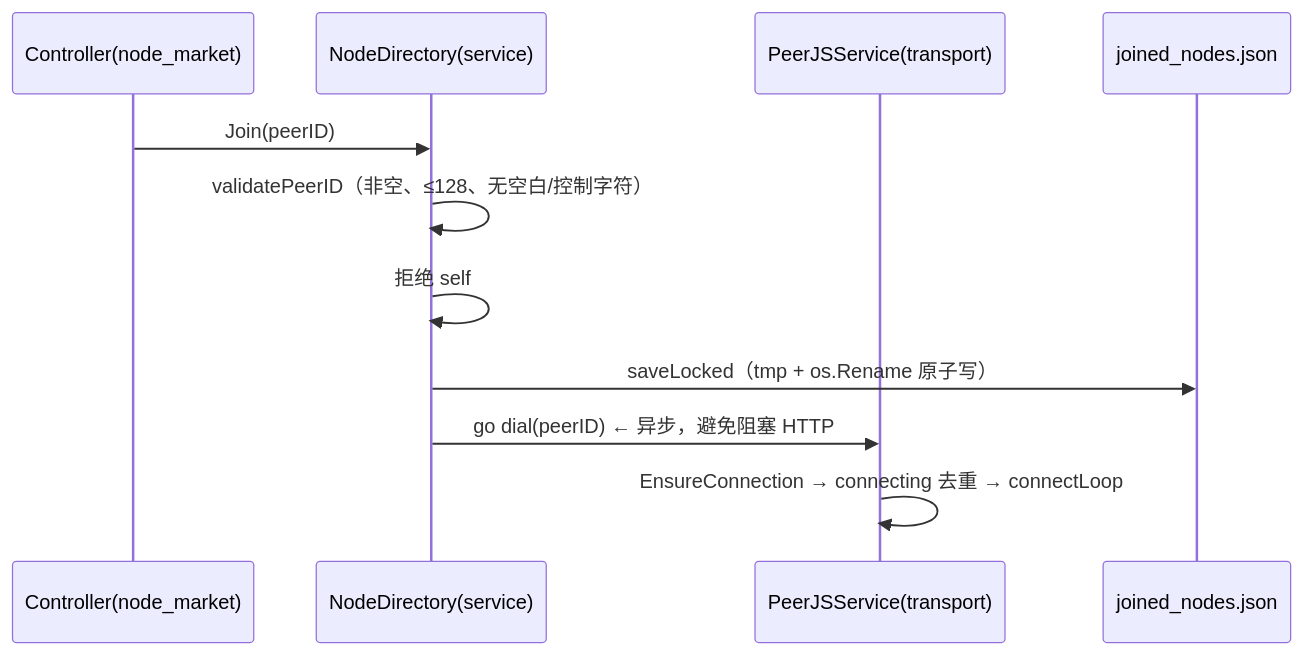
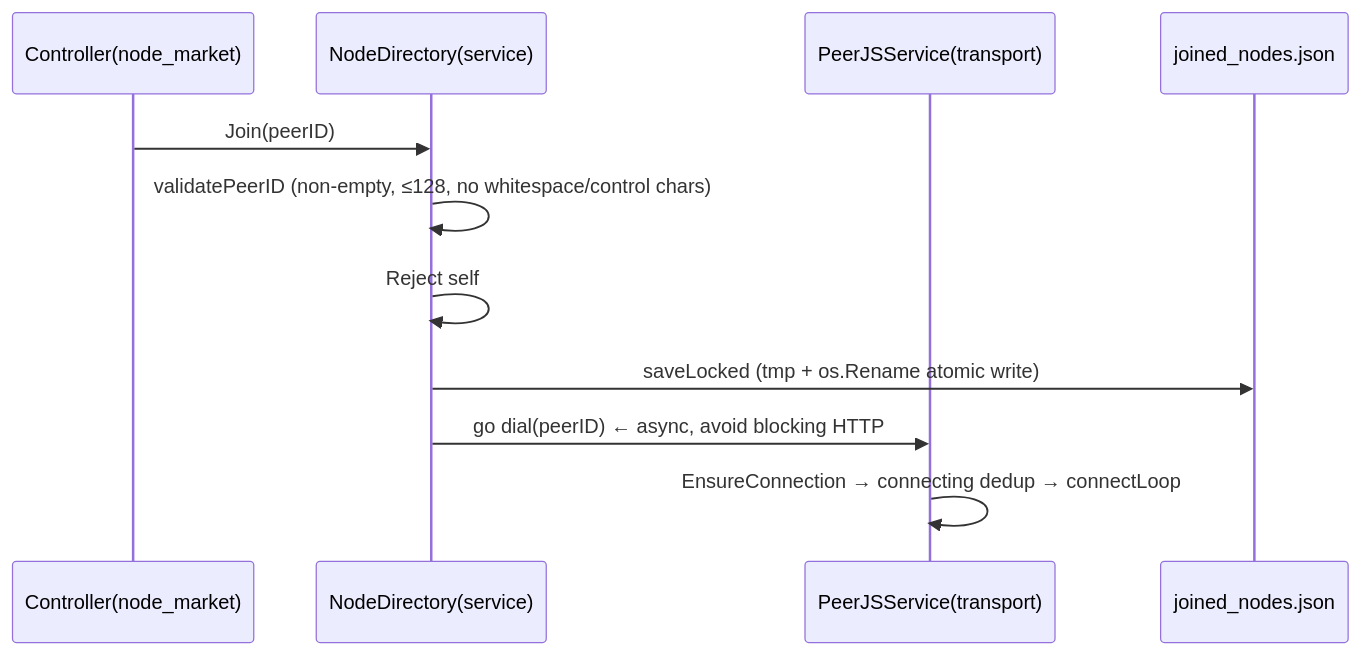
The fourth of 6 diagrams in doc/design/connections/06-service-transport.md (Hana-ame/peerdrive), drawn with Mermaid before and after one commit. The commit also changed other lines of this file and 357 other files, not shown here.

````diff
--- a/doc/design/connections/06-service-transport.md
+++ b/doc/design/connections/06-service-transport.md
@@ -153,14 +153,14 @@
 ```mermaid
 sequenceDiagram
     participant C as Controller(node_market)
     participant ND as NodeDirectory(service)
     participant T as PeerJSService(transport)
     participant Disk as joined_nodes.json
 
     C->>ND: Join(peerID)
-    ND->>ND: validatePeerID（非空、≤128、无空白/控制字符）
-    ND->>ND: 拒绝 self
-    ND->>Disk: saveLocked（tmp + os.Rename 原子写）
-    ND->>T: go dial(peerID)   ← 异步，避免阻塞 HTTP
-    T->>T: EnsureConnection → connecting 去重 → connectLoop
+    ND->>ND: validatePeerID (non-empty, ≤128, no whitespace/control chars)
+    ND->>ND: Reject self
+    ND->>Disk: saveLocked (tmp + os.Rename atomic write)
+    ND->>T: go dial(peerID)   ← async, avoid blocking HTTP
+    T->>T: EnsureConnection → connecting dedup → connectLoop
 ```
````
